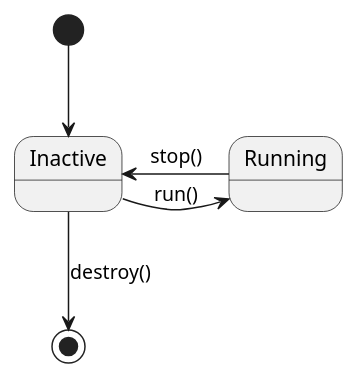
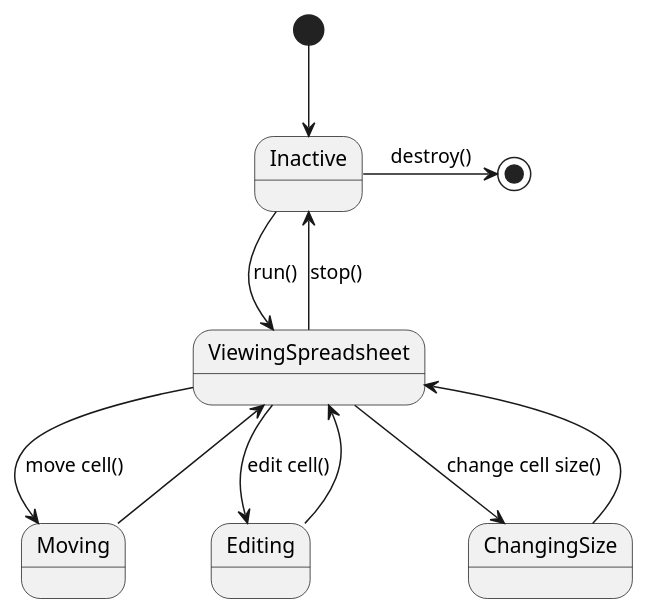
Before and after one commit to pablarce/23-24-IdSw2-SDD: the diagram in modelosUML/modeloDeDominio/diagramaDeEstados.puml, drawn with PlantUML. The commit also changed 1 other file, not shown here.

Commit message:
Ampliando diagrama de estados y de casos

```diff
--- a/modelosUML/modeloDeDominio/diagramaDeEstados.puml
+++ b/modelosUML/modeloDeDominio/diagramaDeEstados.puml
@@ -1,10 +1,19 @@
 @startuml
 
 [*] -d-> Inactive
 
-Inactive -r-> Running : run()
+Inactive -d-> ViewingSpreadsheet : run()
+ViewingSpreadsheet --> Inactive : stop()
 
-Running -l-> Inactive : stop()
-Inactive -d-> [*] : destroy()
+ViewingSpreadsheet --> Moving : move cell()
+Moving --> ViewingSpreadsheet 
+
+ViewingSpreadsheet --> Editing : edit cell()
+Editing --> ViewingSpreadsheet 
+
+ViewingSpreadsheet --> ChangingSize : change cell size()
+ChangingSize --> ViewingSpreadsheet
+
+Inactive -r-> [*] : destroy()
 
 @enduml
```
